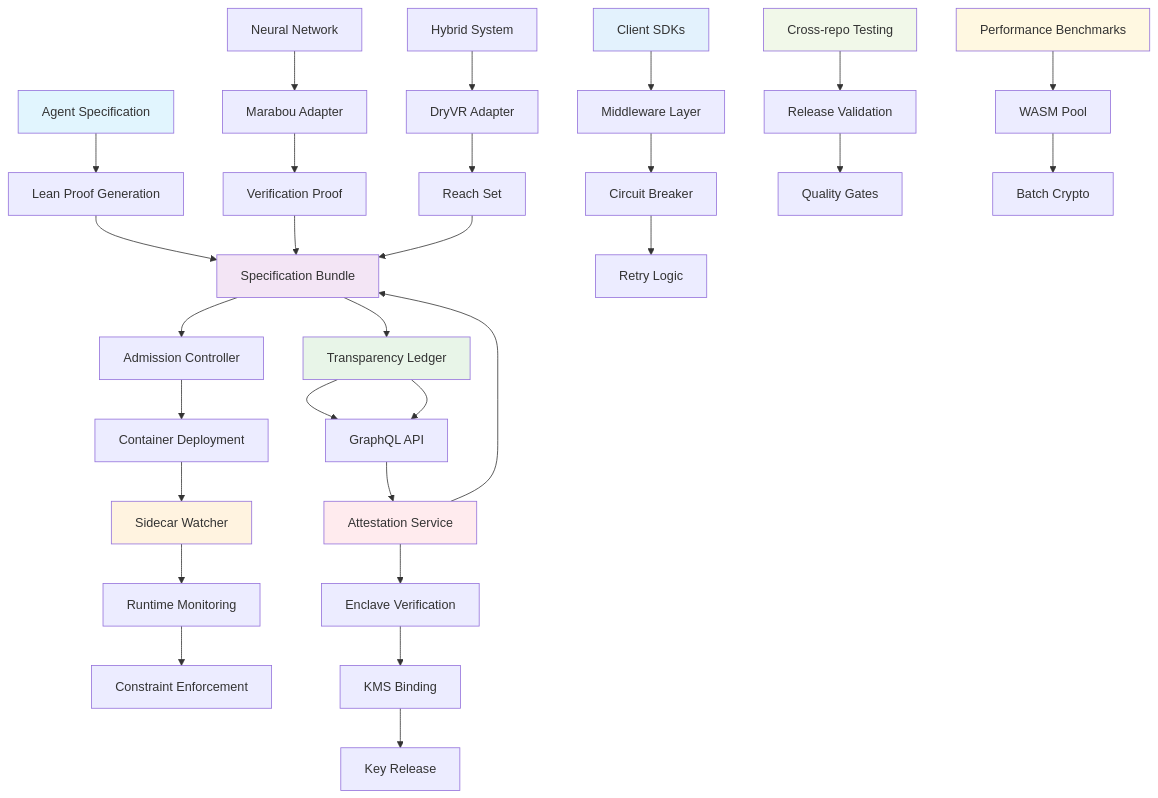
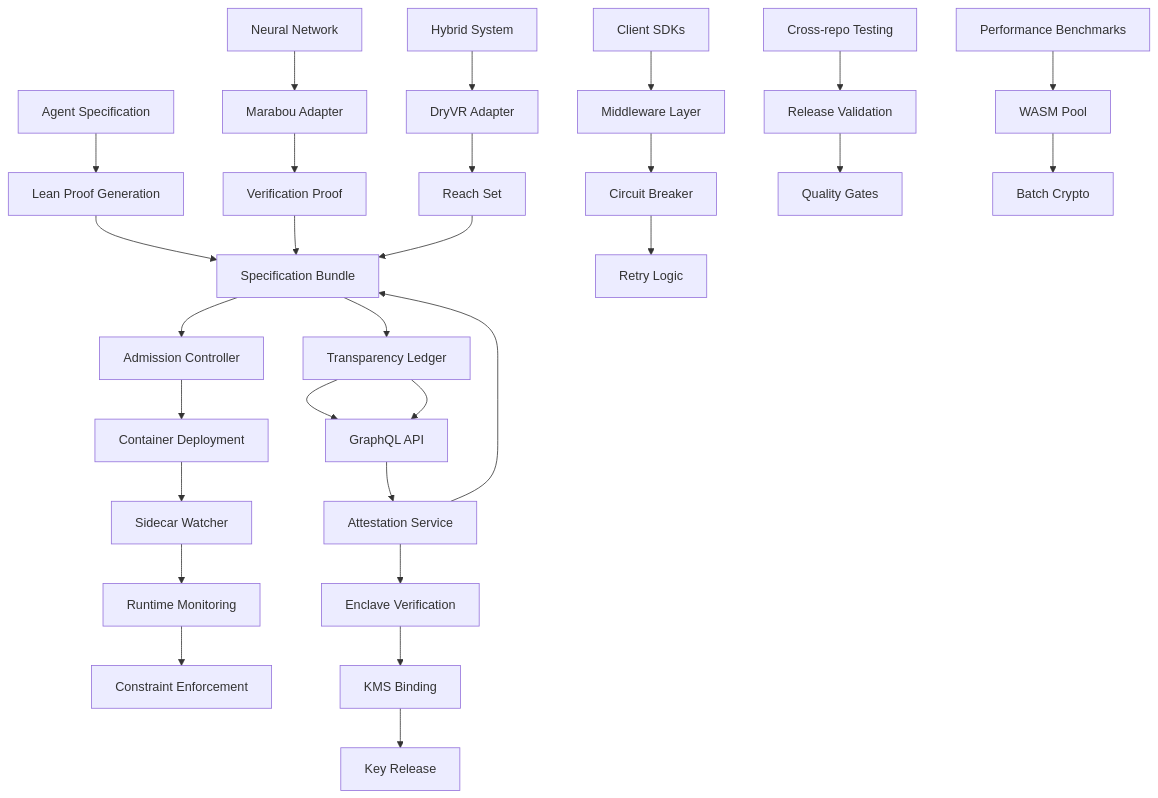
Before and after one commit to SentinelOps-CI/provability-fabric: the diagram in docs/index.md, drawn with Mermaid. The commit also changed other lines of this file and 100 other files, not shown here.

````diff
--- a/docs/index.md
+++ b/docs/index.md
@@ -13,49 +13,40 @@
 ```mermaid
 flowchart TD
     A[Agent Specification] --> B[Lean Proof Generation]
     B --> C[Specification Bundle]
     C --> D[Admission Controller]
     D --> E[Container Deployment]
     E --> F[Sidecar Watcher]
     F --> G[Runtime Monitoring]
     G --> H[Constraint Enforcement]
 
     I[Neural Network] --> J[Marabou Adapter]
     J --> K[Verification Proof]
     K --> C
 
     L[Hybrid System] --> M[DryVR Adapter]
     M --> N[Reach Set]
     N --> C
 
     O[GPU Neural Network] --> P[α-β-CROWN Adapter]
     P --> Q[GPU Verification Proof]
     Q --> C
 
     C --> O[Transparency Ledger]
     O --> P[GraphQL API]
 
     %% New PF-CORE Components
     Q[Attestation Service] --> R[Enclave Verification]
     R --> S[KMS Binding]
     S --> T[Key Release]
 
     U[Client SDKs] --> V[Middleware Layer]
     V --> W[Circuit Breaker]
     W --> X[Retry Logic]
 
     Y[Cross-repo Testing] --> Z[Release Validation]
     Z --> AA[Quality Gates]
 
     BB[Performance Benchmarks] --> CC[WASM Pool]
     CC --> DD[Batch Crypto]
-
-    style A fill:#e1f5fe
-    style C fill:#f3e5f5
-    style F fill:#fff3e0
-    style O fill:#e8f5e8
-    style Q fill:#ffebee
-    style U fill:#e3f2fd
-    style Y fill:#f1f8e9
-    style BB fill:#fff8e1
 ```
````
